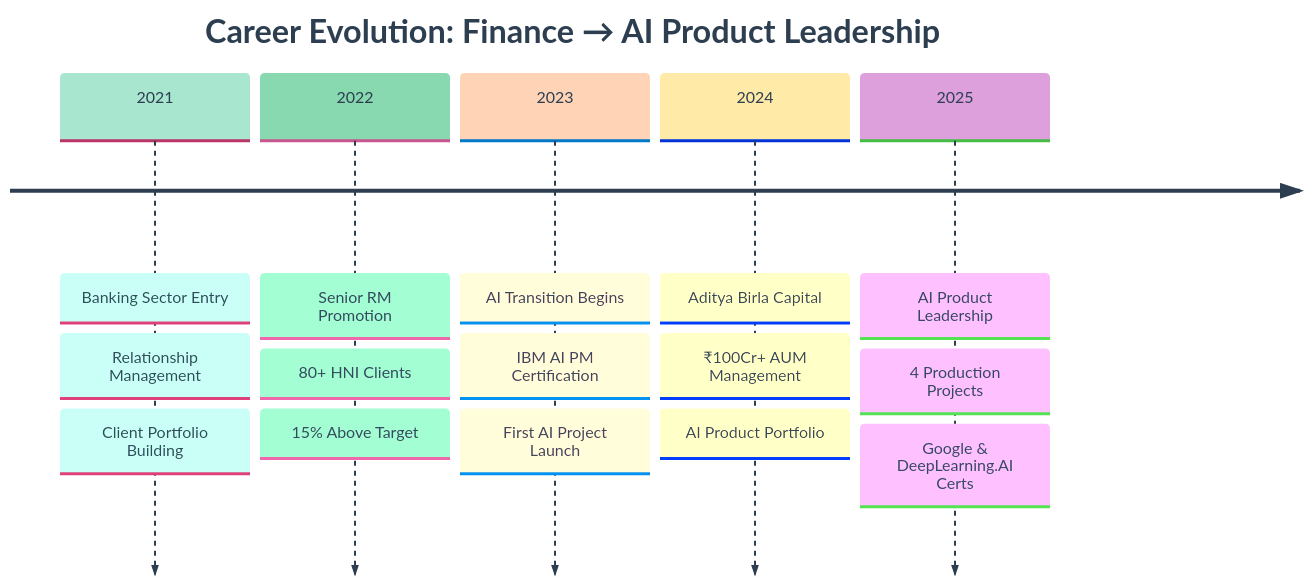
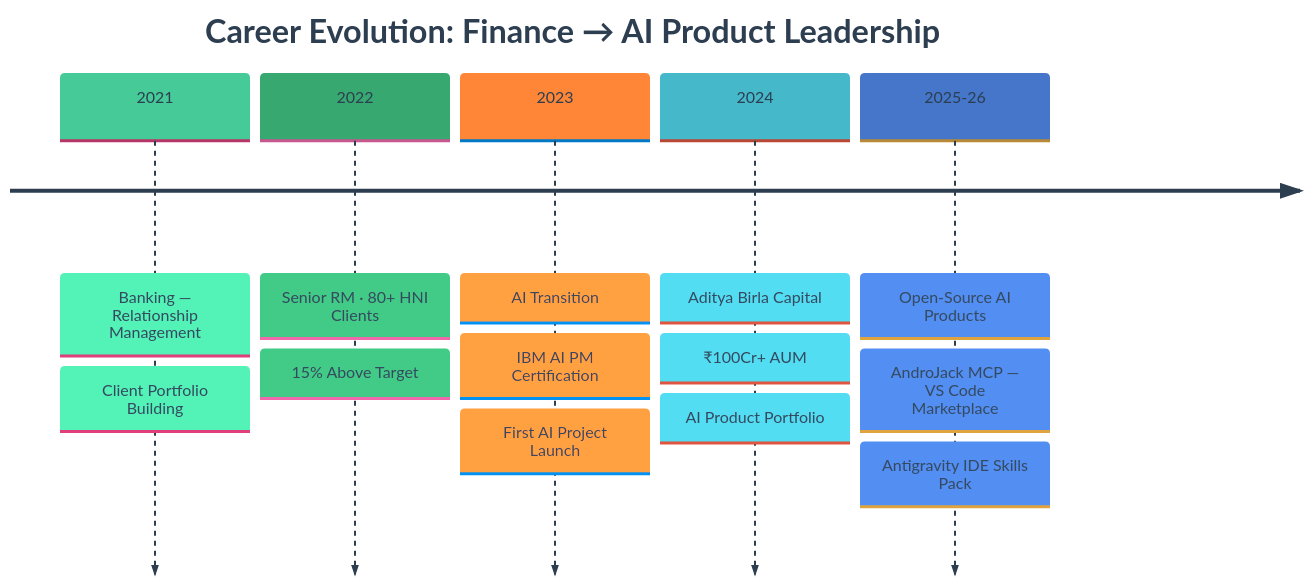
The diagram in README.md (VIKAS9793/VIKAS9793), drawn with Mermaid before and after one commit. The commit also changed other lines of this file, not shown here.

````diff
--- a/README.md
+++ b/README.md
@@ -256,20 +137,18 @@
 ```mermaid
-%%{init: {'theme':'base', 'themeVariables': {'primaryColor':'#A8E6CF','secondaryColor':'#88D8B0','tertiaryColor':'#FFD3B6','primaryTextColor':'#2C3E50','secondaryTextColor':'#2C3E50','tertiaryTextColor':'#2C3E50','lineColor':'#5DADE2','cScale0':'#A8E6CF','cScale1':'#88D8B0','cScale2':'#FFD3B6','cScale3':'#FFEAA7','cScale4':'#DDA0DD'}}}%%
+%%{init: {'theme':'base', 'themeVariables': {'primaryColor':'#A8E6CF','secondaryColor':'#88D8B0','tertiaryColor':'#FFD3B6','primaryTextColor':'#2C3E50','secondaryTextColor':'#2C3E50','lineColor':'#5DADE2'}}}%%
 timeline
     title Career Evolution: Finance → AI Product Leadership
-    2021 : Banking Sector Entry
-         : Relationship Management
+    2021 : Banking — Relationship Management
          : Client Portfolio Building
-    2022 : Senior RM Promotion
-         : 80+ HNI Clients
+    2022 : Senior RM · 80+ HNI Clients
          : 15% Above Target
-    2023 : AI Transition Begins
+    2023 : AI Transition
          : IBM AI PM Certification
          : First AI Project Launch
     2024 : Aditya Birla Capital
-         : ₹100Cr+ AUM Management
+         : ₹100Cr+ AUM
          : AI Product Portfolio
-    2025 : AI Product Leadership
-         : 4 Production Projects
-         : Google & DeepLearning.AI Certs
+    2025-26 : Open-Source AI Products
+            : AndroJack MCP — VS Code Marketplace
+            : Antigravity IDE Skills Pack
 ```
````
